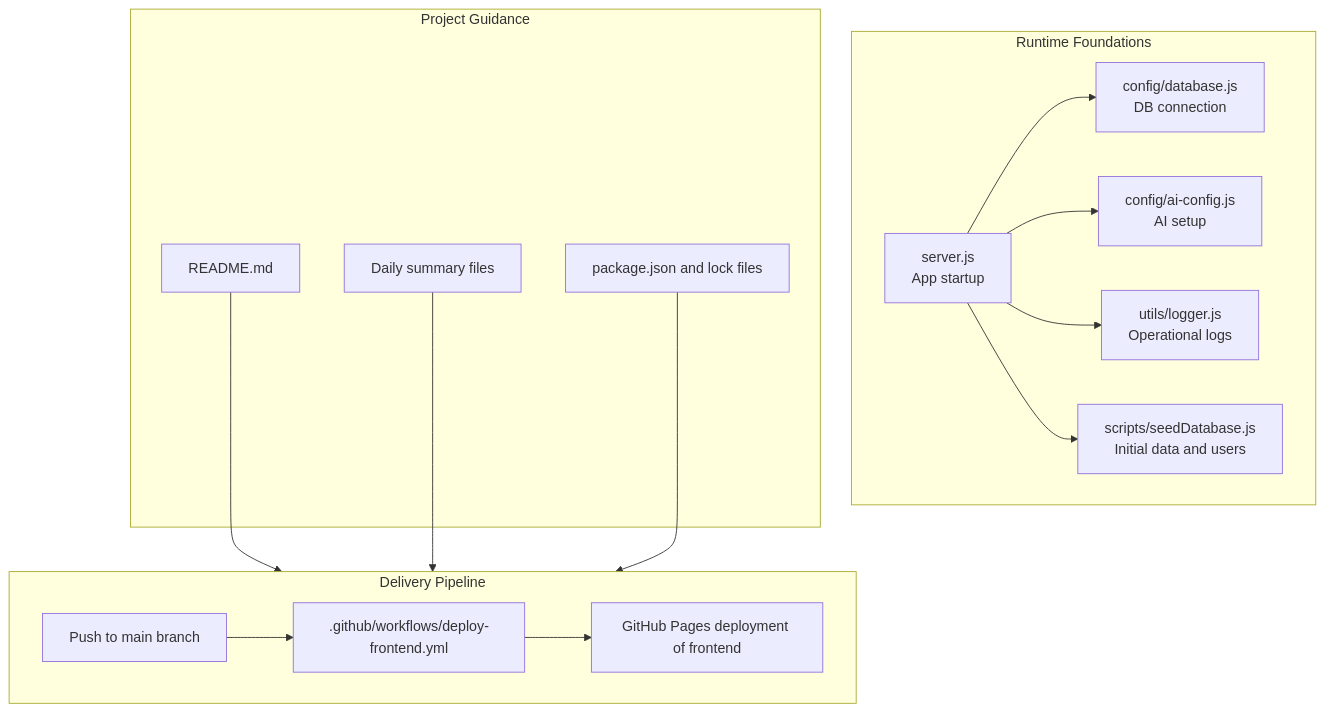
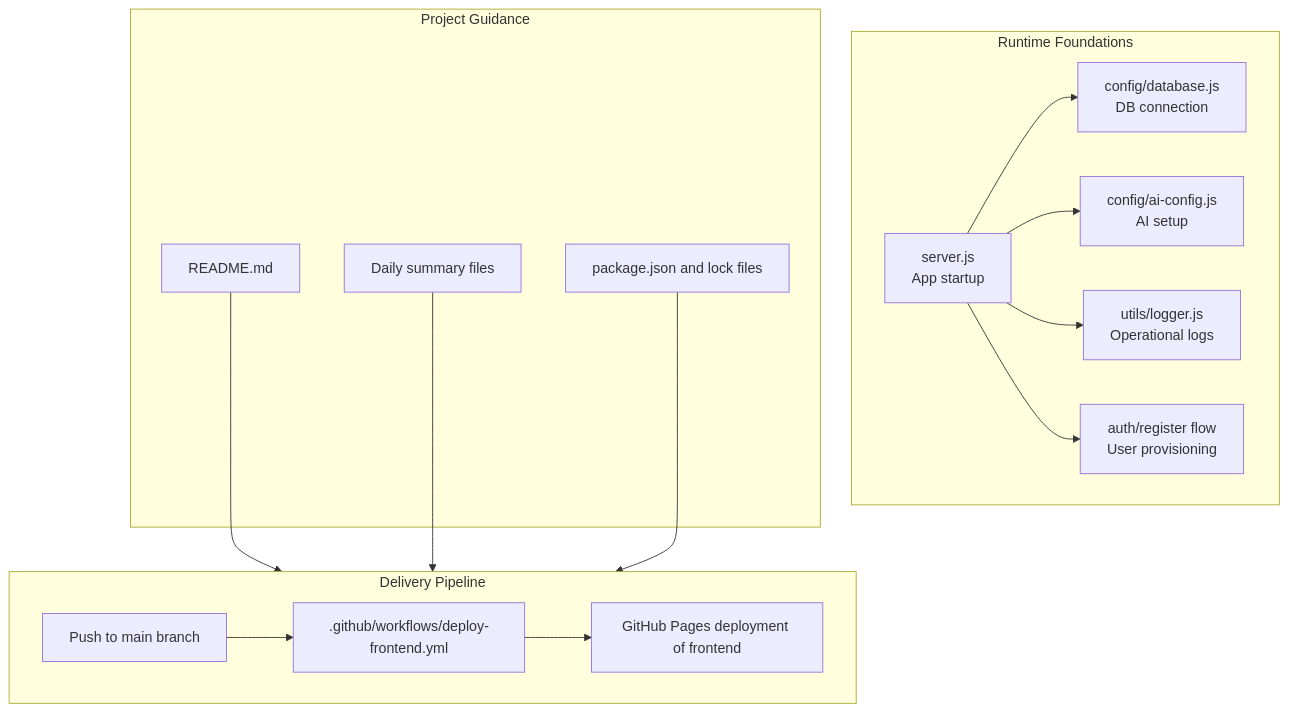
One commit to Minaga-S/Test-Project changed the fourth of 4 diagrams in docs/project-flow-figma-segmented.md. Above: the diagram before and after it, drawn with Mermaid. The commit also changed 7 other files, not shown here.

```diff
--- a/docs/project-flow-figma-segmented.md
+++ b/docs/project-flow-figma-segmented.md
@@ -107,33 +107,33 @@
 ~~~mermaid
 flowchart TB
   subgraph CONFIG[Runtime Foundations]
     F1[server.js\nApp startup]
     F2[config/database.js\nDB connection]
     F3[config/ai-config.js\nAI setup]
     F4[utils/logger.js\nOperational logs]
-    F5[scripts/seedDatabase.js\nInitial data and users]
+    F5[auth/register flow\nUser provisioning]
   end
 
   subgraph DELIVERY[Delivery Pipeline]
     D1[Push to main branch]
     D2[.github/workflows/deploy-frontend.yml]
     D3[GitHub Pages deployment of frontend]
   end
 
   subgraph GOVERNANCE[Project Guidance]
     G1[README.md]
     G2[Daily summary files]
     G3[package.json and lock files]
   end
 
   F1 --> F2
   F1 --> F3
   F1 --> F4
   F1 --> F5
 
   D1 --> D2 --> D3
 
   G1 --> DELIVERY
   G2 --> DELIVERY
   G3 --> DELIVERY
 ~~~
```
